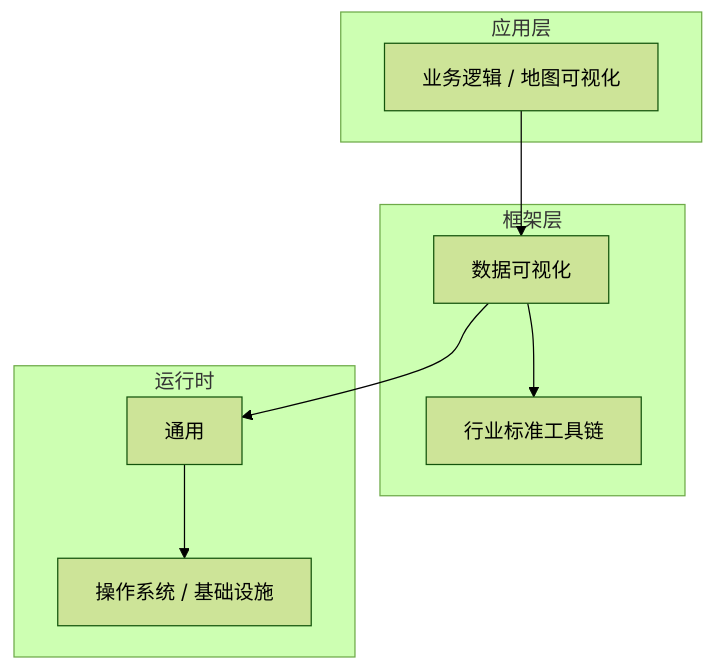
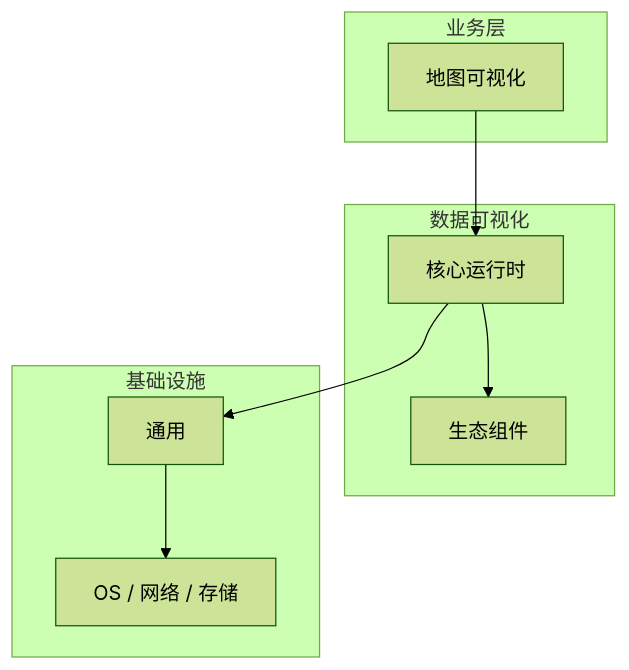
The diagram in articles/数据可视化/chapters/066-地图可视化核心概念与原理.md (yanggan2015/knowledge-json-v2), drawn with Mermaid (forest theme) before and after one commit. The commit also changed other lines of this file and 10127 other files, not shown here.

````diff
--- a/articles/数据可视化/chapters/066-地图可视化核心概念与原理.md
+++ b/articles/数据可视化/chapters/066-地图可视化核心概念与原理.md
@@ -45,18 +34,18 @@
 ```mermaid
 graph TB
-    subgraph 应用层
-        A[业务逻辑 / 地图可视化]
+    subgraph 业务层
+        A[地图可视化]
     end
-    subgraph 框架层
-        B[数据可视化]
-        C[行业标准工具链]
+    subgraph 数据可视化
+        B[核心运行时]
+        C[生态组件]
     end
-    subgraph 运行时
+    subgraph 基础设施
         D[通用]
-        E[操作系统 / 基础设施]
+        E[OS / 网络 / 存储]
     end
     A --> B
     B --> C
     B --> D
     D --> E
 ```
````
